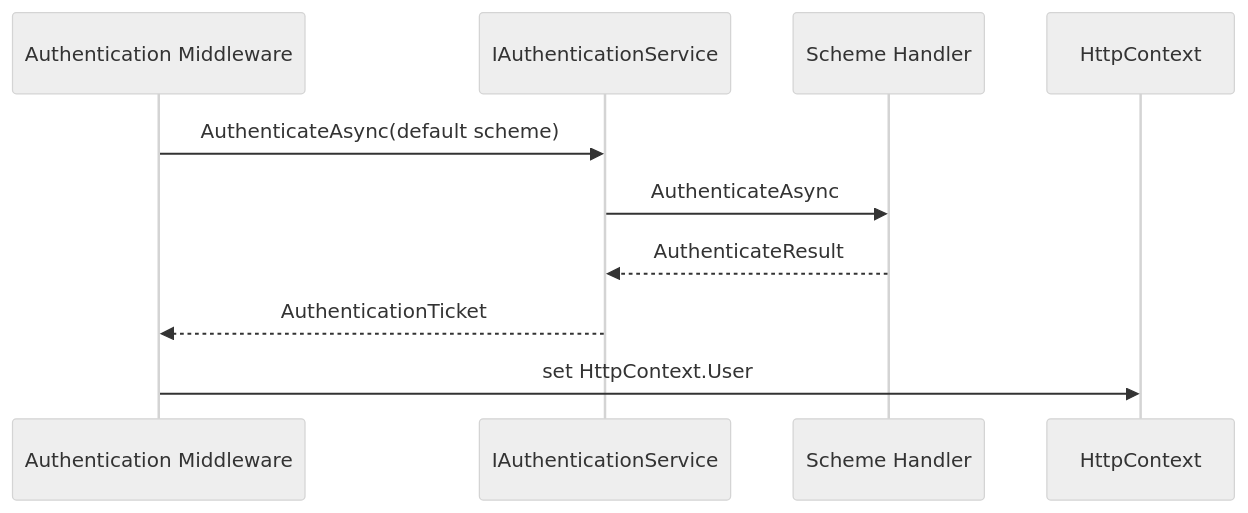
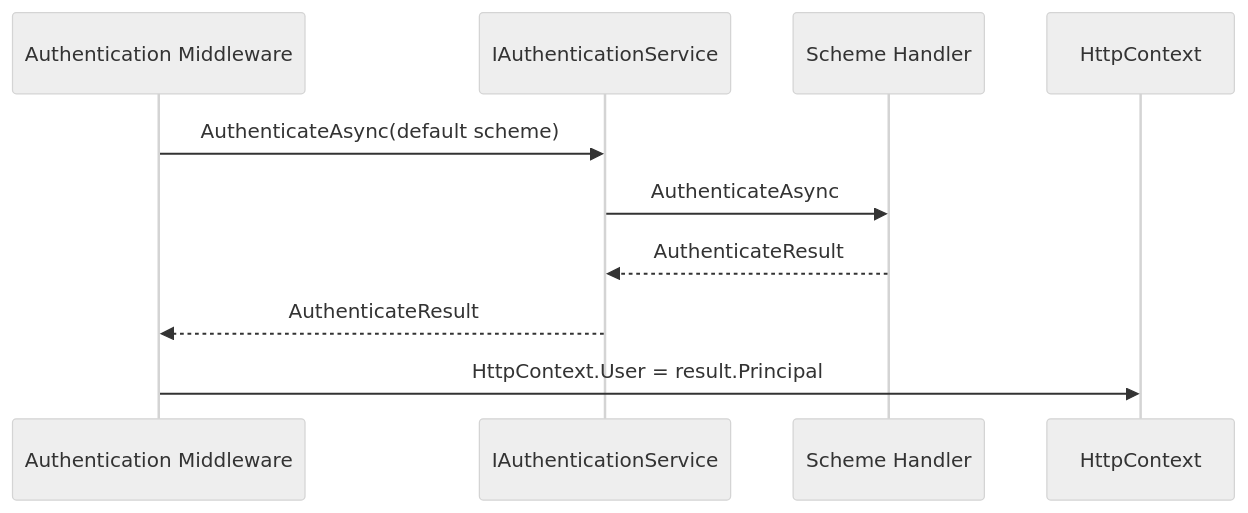
The diagram in 03_ASPNET_Core_Authentication_Authorization/04_ASPNET_Core_Authentication_Model.md (EugenTovarchi/Backend-Engineer-Handbook), drawn with Mermaid (neutral theme) before and after one commit. The commit also changed other lines of this file and 6 other files, not shown here.

````diff
--- a/03_ASPNET_Core_Authentication_Authorization/04_ASPNET_Core_Authentication_Model.md
+++ b/03_ASPNET_Core_Authentication_Authorization/04_ASPNET_Core_Authentication_Model.md
@@ -158,13 +172,13 @@
 ```mermaid
 sequenceDiagram
     participant M as Authentication Middleware
     participant S as IAuthenticationService
     participant H as Scheme Handler
     participant C as HttpContext
 
     M->>S: AuthenticateAsync(default scheme)
     S->>H: AuthenticateAsync
     H-->>S: AuthenticateResult
-    S-->>M: AuthenticationTicket
-    M->>C: set HttpContext.User
+    S-->>M: AuthenticateResult
+    M->>C: HttpContext.User = result.Principal
 ```
````
